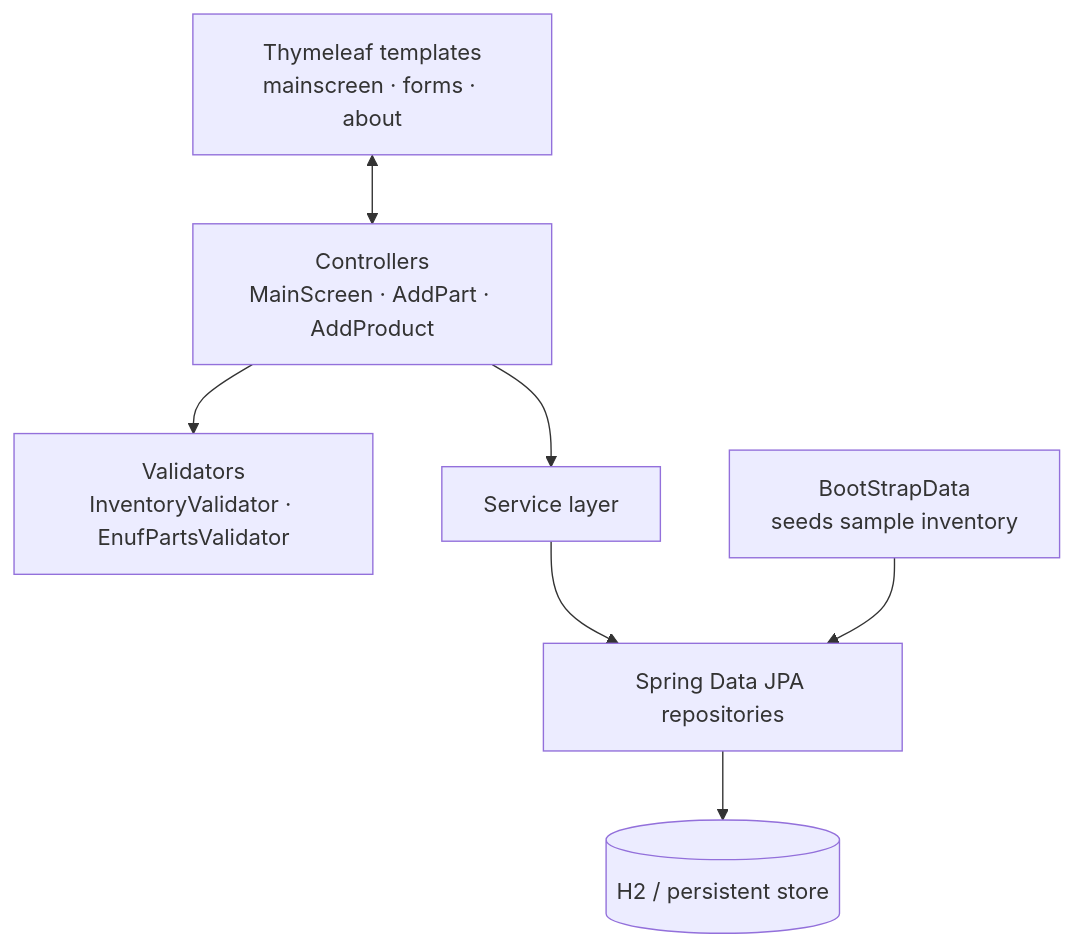
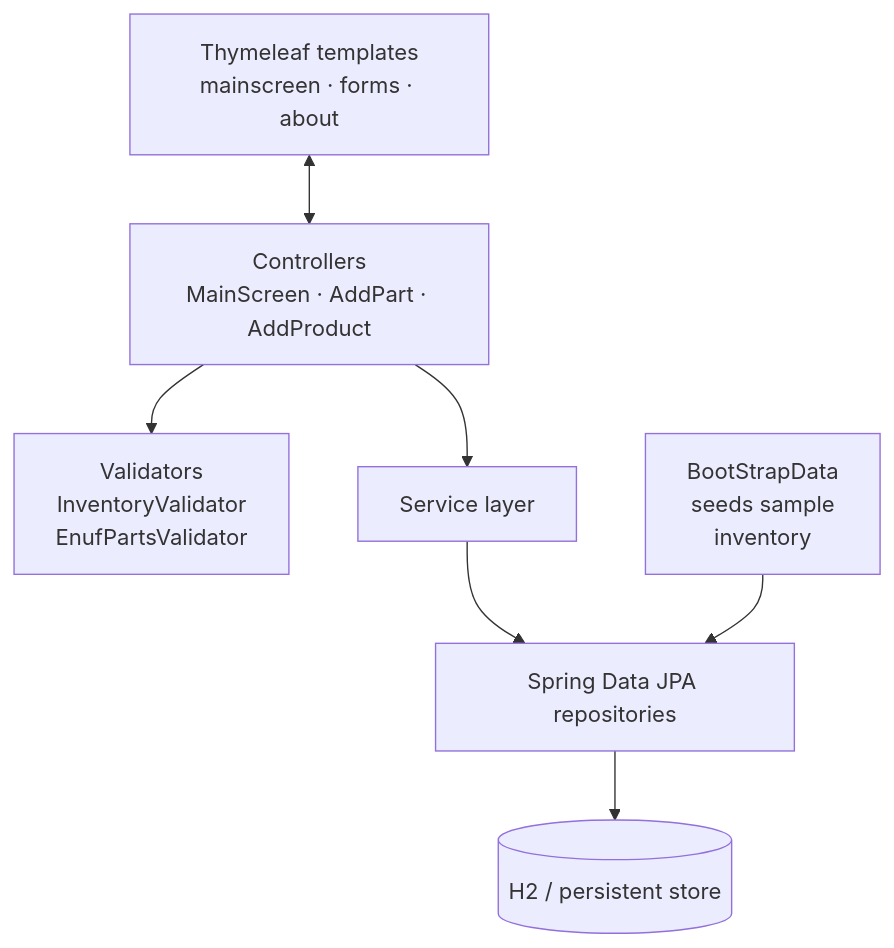
One commit to jdtherobot/jdtherobot.github.io changed the diagram in src/content/readmes/coursework-portfolio/inventory-management-system.md. Above: the diagram before and after it, drawn with Mermaid. The commit also changed 8 other files, not shown here.

````diff
--- a/src/content/readmes/coursework-portfolio/inventory-management-system.md
+++ b/src/content/readmes/coursework-portfolio/inventory-management-system.md
@@ -24,15 +24,15 @@
 ```mermaid
 flowchart TD
     UI[Thymeleaf templates<br/>mainscreen · forms · about]
     C[Controllers<br/>MainScreen · AddPart · AddProduct]
-    V[Validators<br/>InventoryValidator · EnufPartsValidator]
+    V[Validators<br/>InventoryValidator<br/>EnufPartsValidator]
     S[Service layer]
     R[Spring Data JPA repositories]
     D[(H2 / persistent store)]
     UI <--> C
     C --> V
     C --> S
     S --> R
     R --> D
-    B[BootStrapData<br/>seeds sample inventory] --> R
+    B[BootStrapData<br/>seeds sample<br/>inventory] --> R
 ```
````
